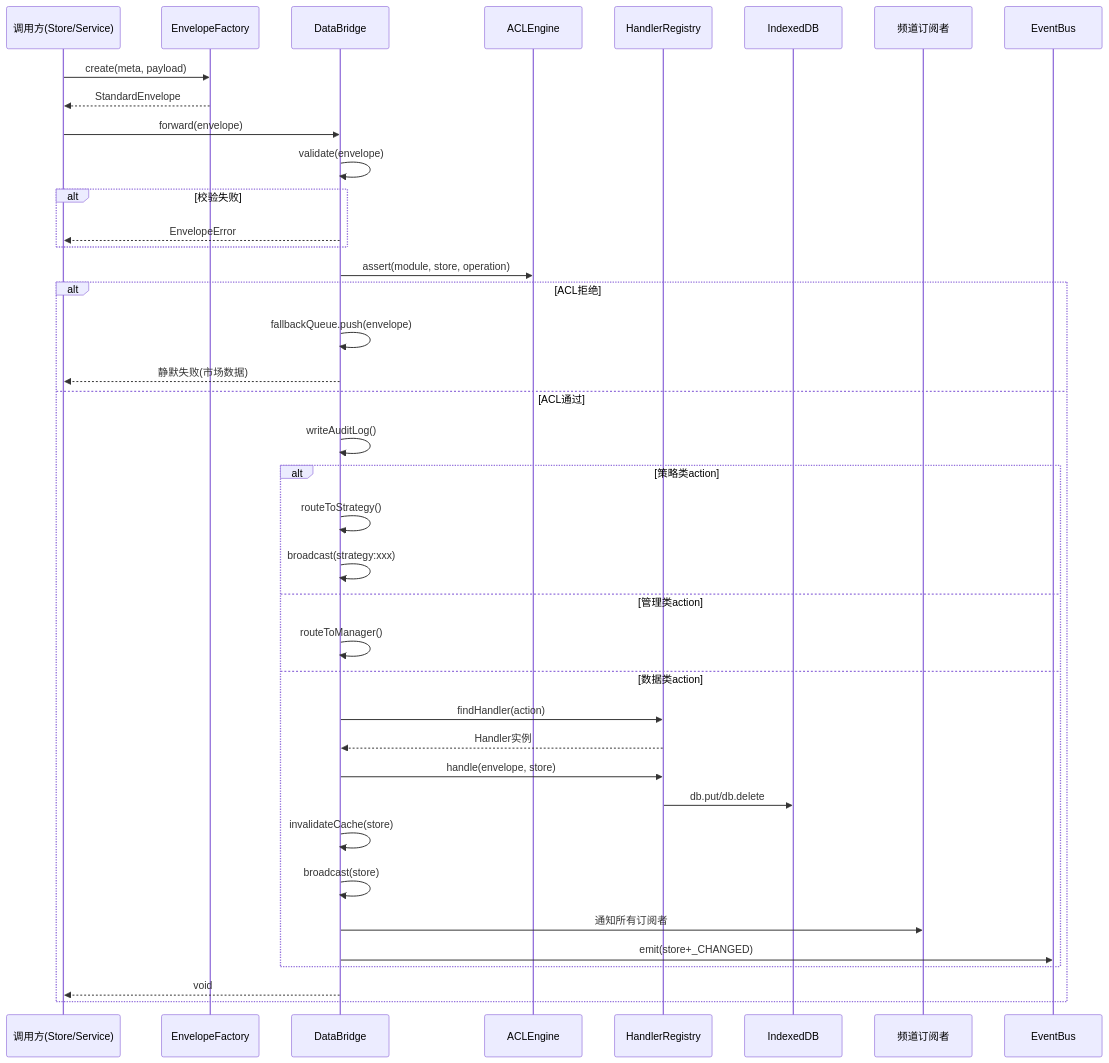
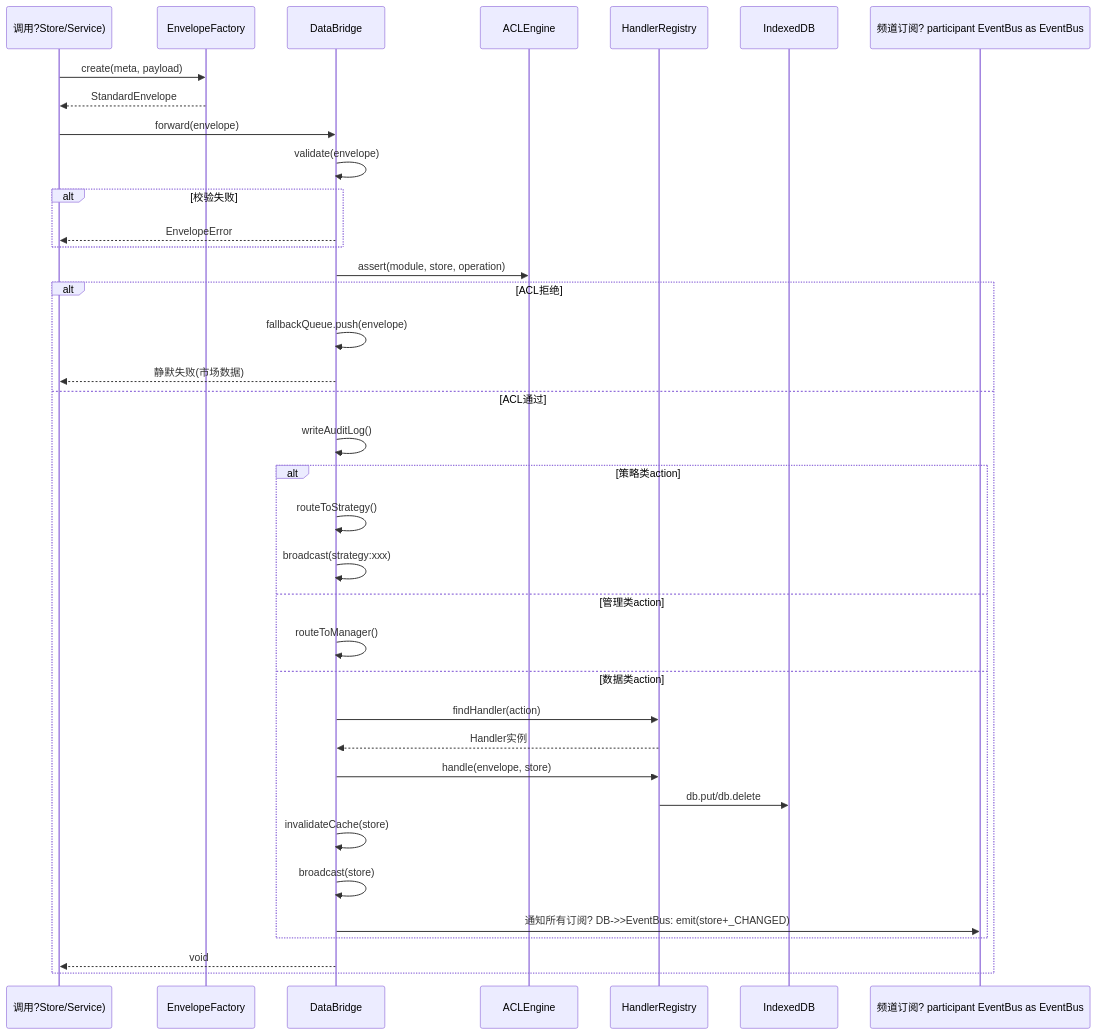
Diagram 17 of 19 in docs/explanation/design/databridge数据链路全景分析报告.md (DHENGHONGYU/-), drawn with Mermaid before and after one commit. The commit also changed other lines of this file and 1711 other files, not shown here.

````diff
--- a/docs/explanation/design/databridge数据链路全景分析报告.md
+++ b/docs/explanation/design/databridge数据链路全景分析报告.md
@@ -900,49 +836,47 @@
 ```mermaid
 sequenceDiagram
-    participant Client as 调用方(Store/Service)
+    participant Client as 调用?Store/Service)
     participant Envelope as EnvelopeFactory
     participant DB as DataBridge
     participant ACL as ACLEngine
     participant Handler as HandlerRegistry
     participant IndexedDB as IndexedDB
-    participant Subscribers as 频道订阅者
-    participant EventBus as EventBus
+    participant Subscribers as 频道订阅?    participant EventBus as EventBus
     
     Client->>Envelope: create(meta, payload)
     Envelope-->>Client: StandardEnvelope
     
     Client->>DB: forward(envelope)
     
     DB->>DB: validate(envelope)
     alt 校验失败
         DB-->>Client: EnvelopeError
     end
     
     DB->>ACL: assert(module, store, operation)
     alt ACL拒绝
         DB->>DB: fallbackQueue.push(envelope)
         DB-->>Client: 静默失败(市场数据)
     else ACL通过
         DB->>DB: writeAuditLog()
         
         alt 策略类action
             DB->>DB: routeToStrategy()
             DB->>DB: broadcast(strategy:xxx)
         else 管理类action
             DB->>DB: routeToManager()
         else 数据类action
             DB->>Handler: findHandler(action)
             Handler-->>DB: Handler实例
             DB->>Handler: handle(envelope, store)
             Handler->>IndexedDB: db.put/db.delete
             
             DB->>DB: invalidateCache(store)
             DB->>DB: broadcast(store)
             
-            DB->>Subscribers: 通知所有订阅者
-            DB->>EventBus: emit(store+_CHANGED)
+            DB->>Subscribers: 通知所有订阅?            DB->>EventBus: emit(store+_CHANGED)
         end
         
         DB-->>Client: void
     end
 ```
````
